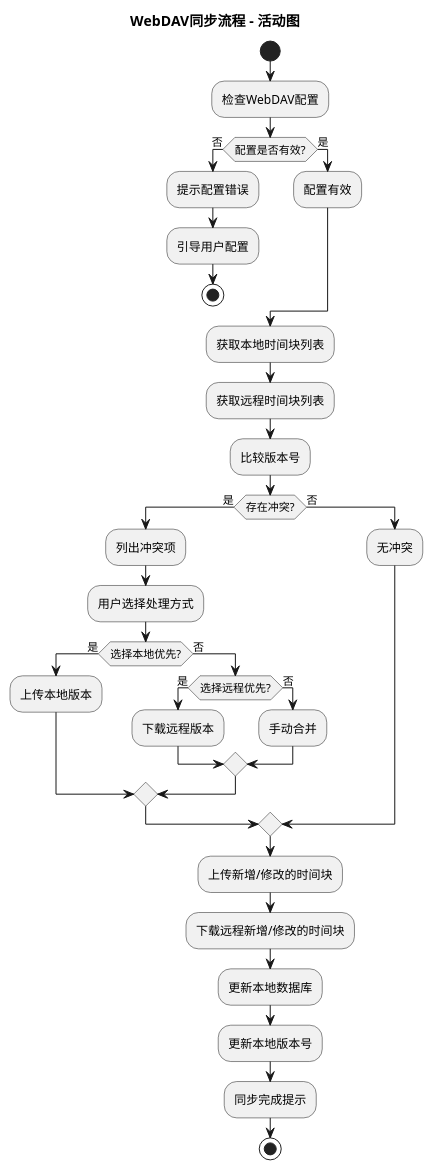
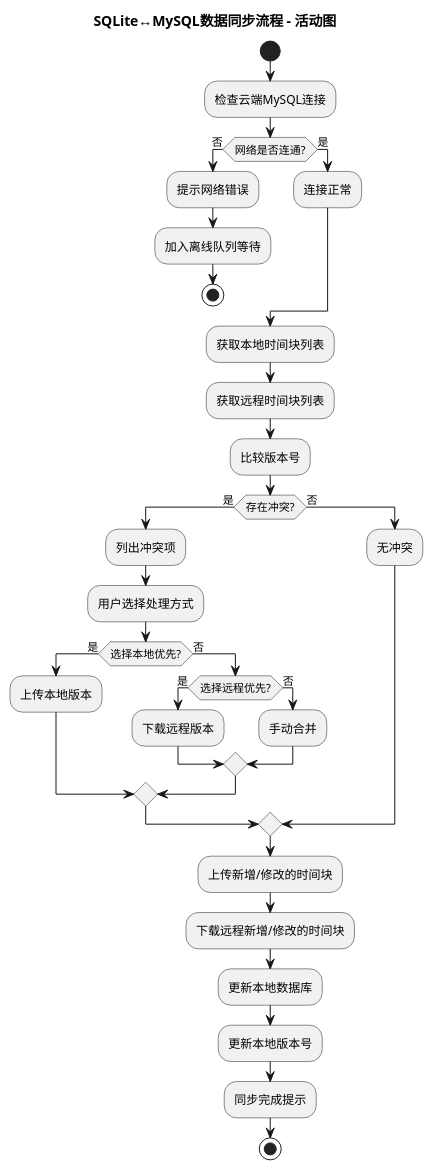
One commit to chenfanyeluo/TimeBlock changed the third of 5 diagrams in docs/UML图.md. Above: the diagram before and after it, drawn with PlantUML. The commit also changed other lines of this file and 18 other files, not shown here.

````diff
--- a/docs/UML图.md
+++ b/docs/UML图.md
@@ -139,56 +139,56 @@
 ```plantuml
-@startuml TimeBlock_WebDAV同步
+@startuml TimeBlock_数据同步
 ' 标题
-title WebDAV同步流程 - 活动图
+title SQLite↔MySQL数据同步流程 - 活动图
 
 ' 开始节点
 start
 
-' 检查WebDAV配置
-:检查WebDAV配置;
+' 检查数据库连接
+:检查云端MySQL连接;
 
-if (配置是否有效?) then (否)
-  :提示配置错误;
-  :引导用户配置;
+if (网络是否连通?) then (否)
+  :提示网络错误;
+  :加入离线队列等待;
   stop
 else (是)
-  :配置有效;
+  :连接正常;
 endif
 
 ' 获取本地和远程数据
 :获取本地时间块列表;
 :获取远程时间块列表;
 
 ' 冲突检测与处理
 :比较版本号;
 
 if (存在冲突?) then (是)
   :列出冲突项;
   :用户选择处理方式;
   if (选择本地优先?) then (是)
     :上传本地版本;
   else (否)
     if (选择远程优先?) then (是)
       :下载远程版本;
     else (否)
       :手动合并;
     endif
   endif
 else (否)
   :无冲突;
 endif
 
 ' 执行同步
 :上传新增/修改的时间块;
 :下载远程新增/修改的时间块;
 
 ' 更新本地数据
 :更新本地数据库;
 :更新本地版本号;
 
 ' 结束
 :同步完成提示;
 stop
 
 @enduml
 ```
````
